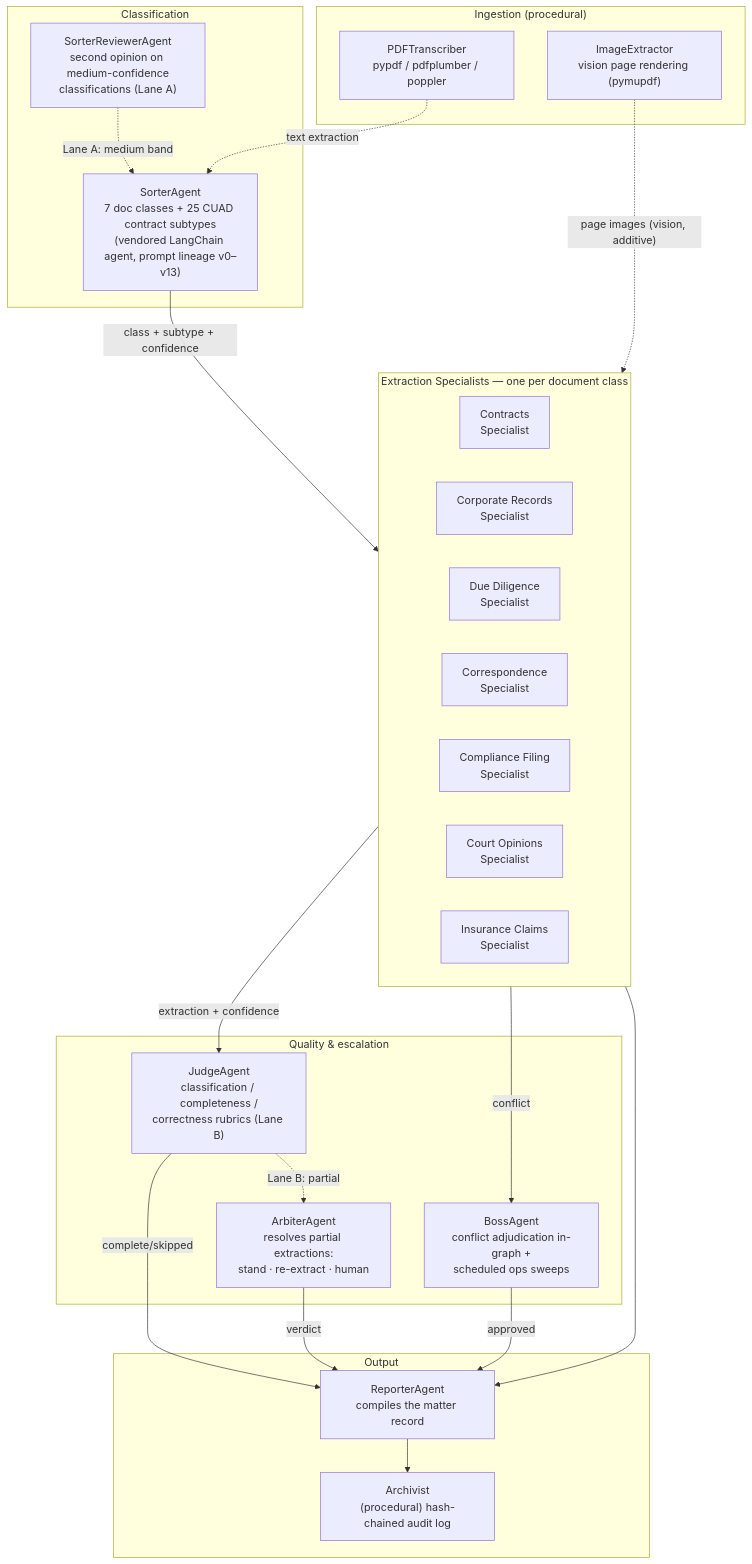
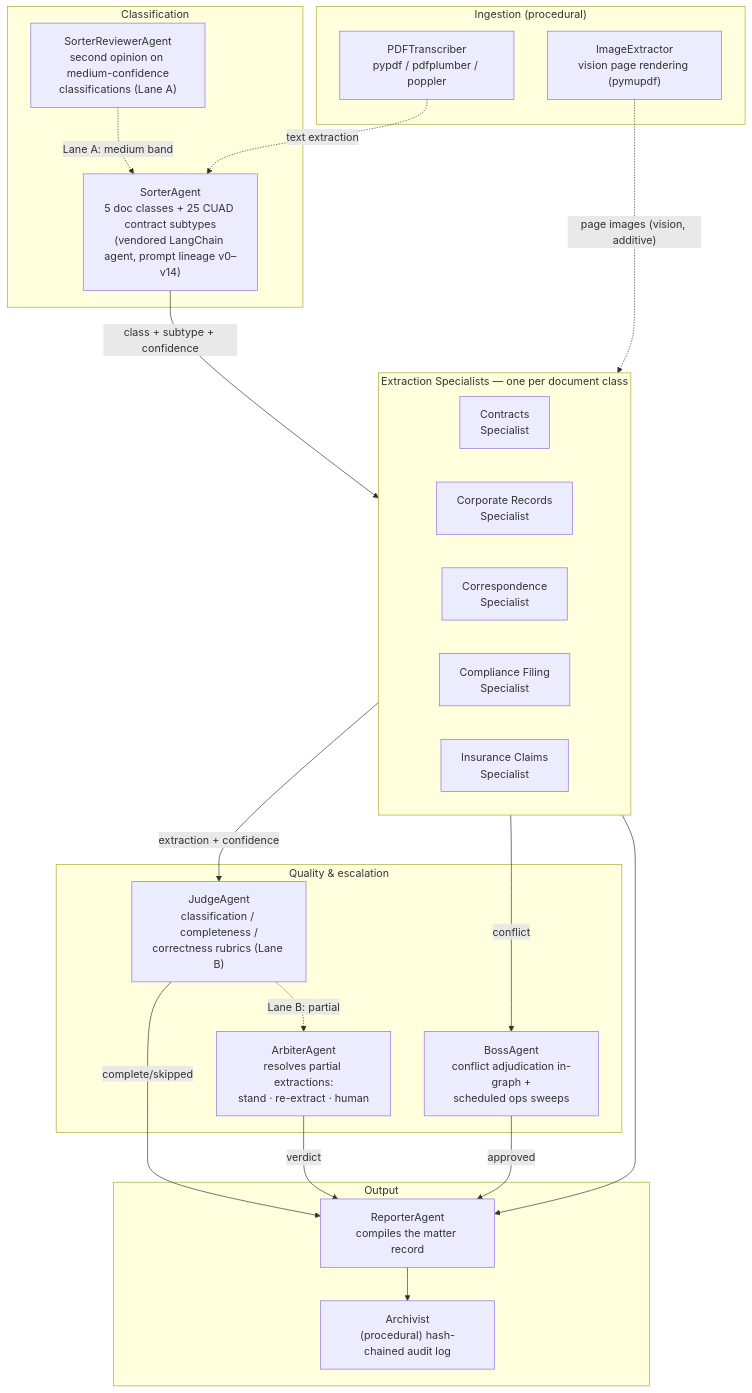
The second of 2 diagrams in README.md (Exios66/llm-mailroom), drawn with Mermaid before and after one commit. The commit also changed other lines of this file and 48 other files, not shown here.

First line of the commit message:
Retire court-opinion and due-diligence specialists; ship API v1 (#21)

````diff
--- a/README.md
+++ b/README.md
@@ -182,46 +182,44 @@
 ```mermaid
 flowchart TB
     subgraph CLASSIFY["Classification"]
-        SORTER["SorterAgent<br/>7 doc classes + 25 CUAD contract subtypes<br/>(vendored LangChain agent, prompt lineage v0–v13)"]
+        SORTER["SorterAgent<br/>5 doc classes + 25 CUAD contract subtypes<br/>(vendored LangChain agent, prompt lineage v0–v14)"]
         REVIEWER["SorterReviewerAgent<br/>second opinion on medium-confidence<br/>classifications (Lane A)"]
     end
 
     subgraph SPECIALISTS["Extraction Specialists — one per document class"]
         CONTRACTS["Contracts<br/>Specialist"]
         CORP["Corporate Records<br/>Specialist"]
-        DD["Due Diligence<br/>Specialist"]
         CORR["Correspondence<br/>Specialist"]
         COMP["Compliance Filing<br/>Specialist"]
-        COURT["Court Opinions<br/>Specialist"]
         INS["Insurance Claims<br/>Specialist"]
     end
 
     subgraph QUALITY["Quality & escalation"]
         JUDGE["JudgeAgent<br/>classification / completeness /<br/>correctness rubrics (Lane B)"]
         ARBITER["ArbiterAgent<br/>resolves partial extractions:<br/>stand · re-extract · human"]
         BOSS["BossAgent<br/>conflict adjudication in-graph +<br/>scheduled ops sweeps"]
     end
 
     subgraph OUTPUT["Output"]
         REPORTER["ReporterAgent<br/>compiles the matter record"]
         ARCHIVIST["Archivist<br/>(procedural) hash-chained audit log"]
     end
 
     subgraph INGEST2["Ingestion (procedural)"]
         PDF["PDFTranscriber<br/>pypdf / pdfplumber / poppler"]
         IMG["ImageExtractor<br/>vision page rendering (pymupdf)"]
     end
 
     SORTER -- "class + subtype + confidence" --> SPECIALISTS
     REVIEWER -. "Lane A: medium band" .-> SORTER
     SPECIALISTS -- "extraction + confidence" --> JUDGE
     JUDGE -. "Lane B: partial" .-> ARBITER
     SPECIALISTS -- "conflict" --> BOSS
     SPECIALISTS --> REPORTER
     JUDGE -- "complete/skipped" --> REPORTER
     ARBITER -- "verdict" --> REPORTER
     BOSS -- "approved" --> REPORTER
     REPORTER --> ARCHIVIST
     PDF -. "text extraction" .-> SORTER
     IMG -. "page images (vision, additive)" .-> SPECIALISTS
 ```
````
